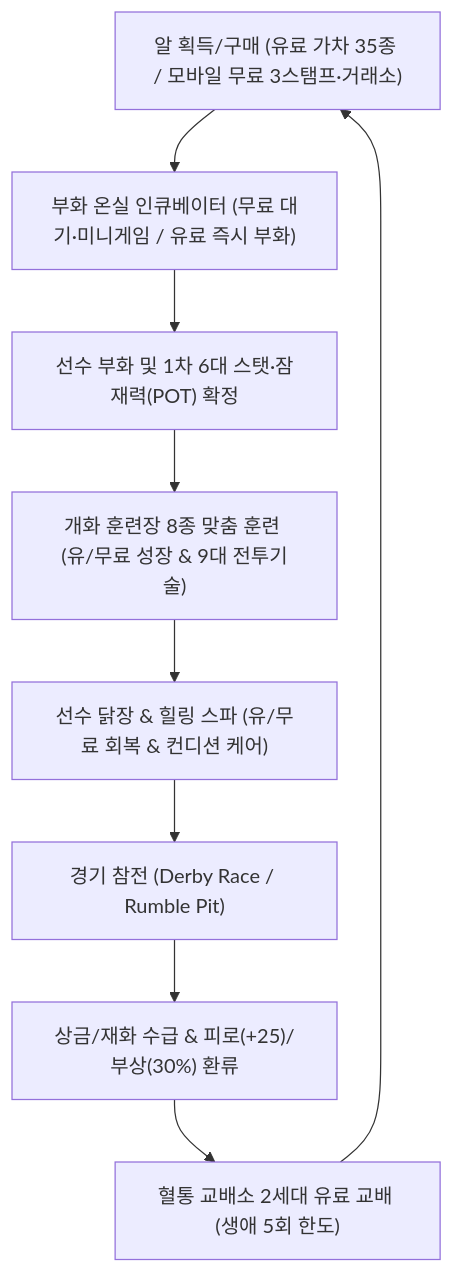
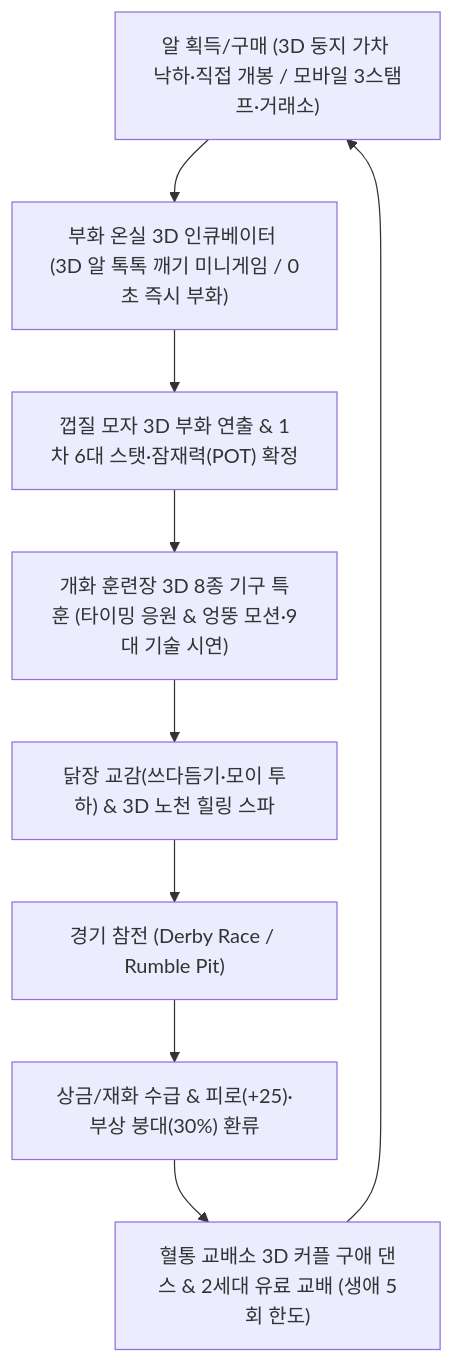
Before and after one commit to fingerfinger/rooster-rumble: the diagram in Rumble Farm 기획방향.md, drawn with Mermaid. The commit also changed other lines of this file and 11 other files, not shown here.

````diff
--- a/Rumble Farm 기획방향.md
+++ b/Rumble Farm 기획방향.md
@@ -65,11 +68,11 @@
 ```mermaid
 flowchart TD
-    A["알 획득/구매 (유료 가차 35종 / 모바일 무료 3스탬프·거래소)"] --> B["부화 온실 인큐베이터 (무료 대기·미니게임 / 유료 즉시 부화)"]
-    B --> C["선수 부화 및 1차 6대 스탯·잠재력(POT) 확정"]
-    C --> D["개화 훈련장 8종 맞춤 훈련 (유/무료 성장 & 9대 전투기술)"]
-    D --> E["선수 닭장 & 힐링 스파 (유/무료 회복 & 컨디션 케어)"]
+    A["알 획득/구매 (3D 둥지 가차 낙하·직접 개봉 / 모바일 3스탬프·거래소)"] --> B["부화 온실 3D 인큐베이터 (3D 알 톡톡 깨기 미니게임 / 0초 즉시 부화)"]
+    B --> C["껍질 모자 3D 부화 연출 & 1차 6대 스탯·잠재력(POT) 확정"]
+    C --> D["개화 훈련장 3D 8종 기구 특훈 (타이밍 응원 & 엉뚱 모션·9대 기술 시연)"]
+    D --> E["닭장 교감(쓰다듬기·모이 투하) & 3D 노천 힐링 스파"]
     E --> F["경기 참전 (Derby Race / Rumble Pit)"]
-    F --> G["상금/재화 수급 & 피로(+25)/부상(30%) 환류"]
-    G --> H["혈통 교배소 2세대 유료 교배 (생애 5회 한도)"]
+    F --> G["상금/재화 수급 & 피로(+25)·부상 붕대(30%) 환류"]
+    G --> H["혈통 교배소 3D 커플 구애 댄스 & 2세대 유료 교배 (생애 5회 한도)"]
     H --> A
 ```
````
